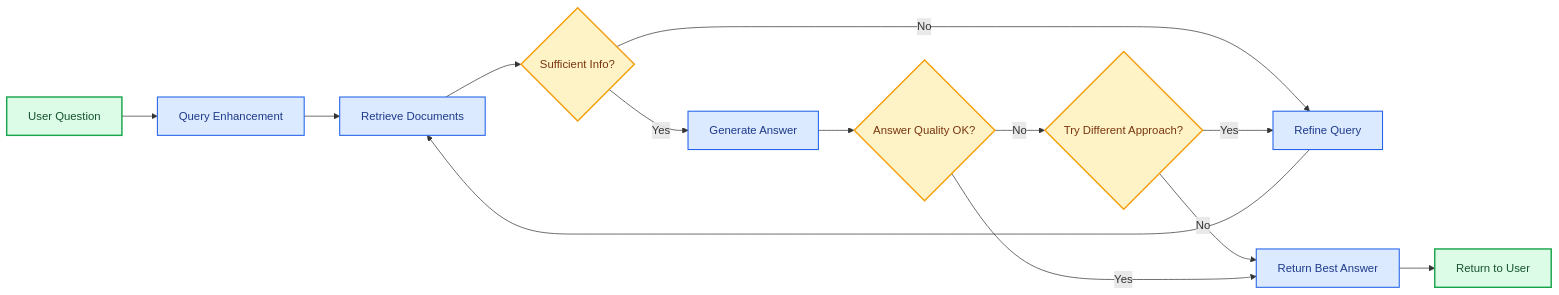
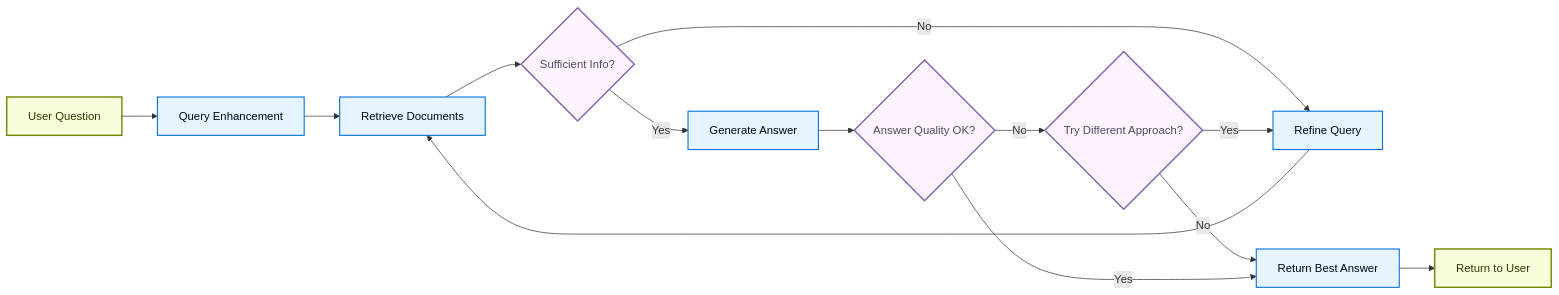
The fourth of 4 diagrams in build/oss/javascript/langchain/retrieval.mdx (fede-kamel/docs-1), drawn with Mermaid before and after one commit. The commit also changed other lines of this file and 3929 other files, not shown here.

````diff
--- a/build/oss/javascript/langchain/retrieval.mdx
+++ b/build/oss/javascript/langchain/retrieval.mdx
@@ -305,23 +311,23 @@
 ```mermaid
 graph LR
     A[User Question] --> B[Query Enhancement]
     B --> C[Retrieve Documents]
     C --> D{Sufficient Info?}
     D -- No --> E[Refine Query]
     E --> C
     D -- Yes --> F[Generate Answer]
     F --> G{Answer Quality OK?}
     G -- No --> H{Try Different Approach?}
     H -- Yes --> E
     H -- No --> I[Return Best Answer]
     G -- Yes --> I
     I --> J[Return to User]
 
-    classDef startend fill:#DCFCE7,stroke:#16A34A,stroke-width:2px,color:#14532D
-    classDef decision fill:#FEF3C7,stroke:#F59E0B,stroke-width:2px,color:#78350F
-    classDef process fill:#DBEAFE,stroke:#2563EB,stroke-width:1.5px,color:#1E3A8A
+    classDef startend fill:#F6FFDB,stroke:#6E8900,stroke-width:2px,color:#2E3900
+    classDef decision fill:#FDF3FF,stroke:#7E65AE,stroke-width:2px,color:#504B5F
+    classDef process fill:#E5F4FF,stroke:#006DDD,stroke-width:1.5px,color:#030710
 
     class A,J startend
     class B,C,E,F,I process
     class D,G,H decision
 ```
````
